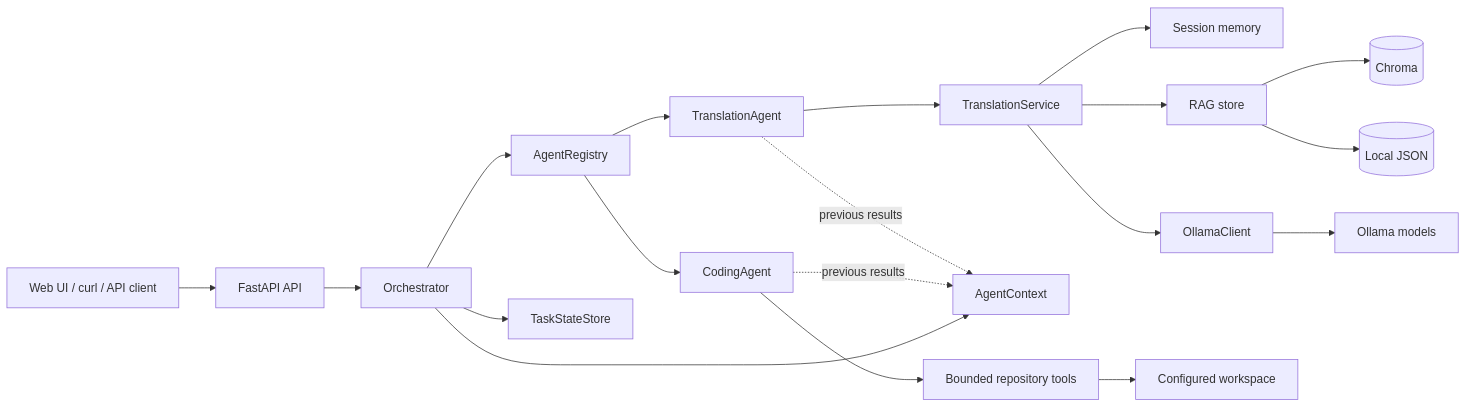
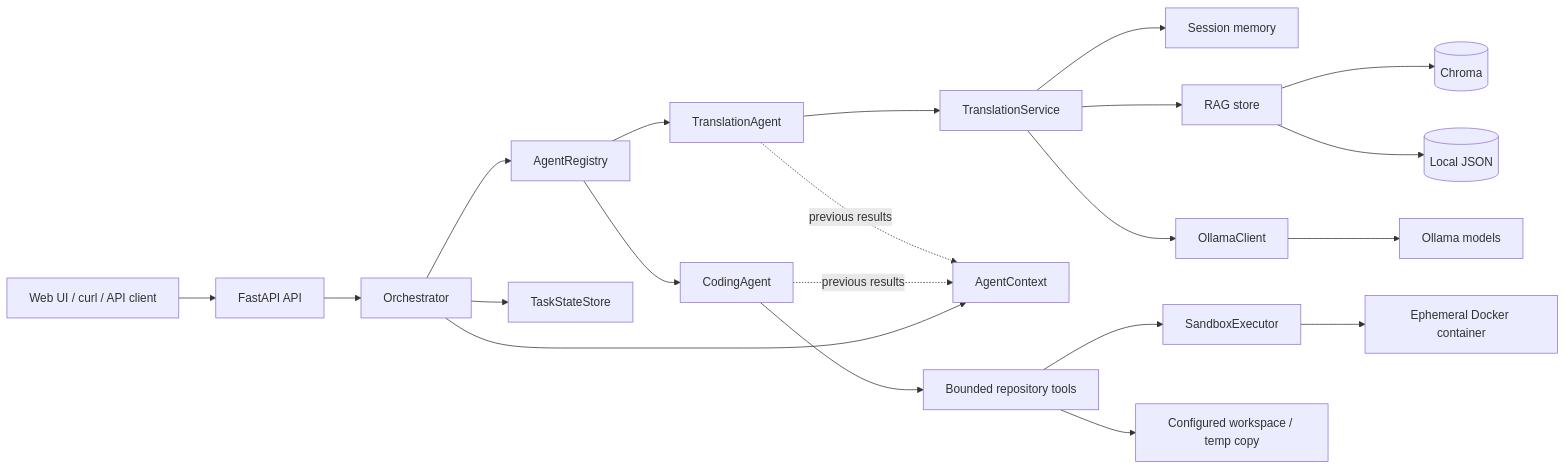
The diagram in README.md (hanwang66/agent-workbench), drawn with Mermaid before and after one commit. The commit also changed other lines of this file and 9 other files, not shown here.

````diff
--- a/README.md
+++ b/README.md
@@ -23,25 +23,27 @@
 ```mermaid
 flowchart LR
     Client[Web UI / curl / API client] --> API[FastAPI API]
     API --> Orchestrator[Orchestrator]
 
     Orchestrator --> Registry[AgentRegistry]
     Orchestrator --> State[TaskStateStore]
     Registry --> Translation[TranslationAgent]
     Registry --> Coding[CodingAgent]
 
     Translation --> Service[TranslationService]
     Translation -. previous results .-> Context[AgentContext]
     Coding -. previous results .-> Context
     Orchestrator --> Context
 
     Service --> Memory[Session memory]
     Service --> RAG[RAG store]
     Service --> Ollama[OllamaClient]
     RAG --> Chroma[(Chroma)]
     RAG --> LocalJSON[(Local JSON)]
     Ollama --> Models[Ollama models]
 
     Coding --> Tools[Bounded repository tools]
-    Tools --> Workspace[Configured workspace]
+    Tools --> Sandbox[SandboxExecutor]
+    Sandbox --> Container[Ephemeral Docker container]
+    Tools --> Workspace[Configured workspace / temp copy]
 ```
````
